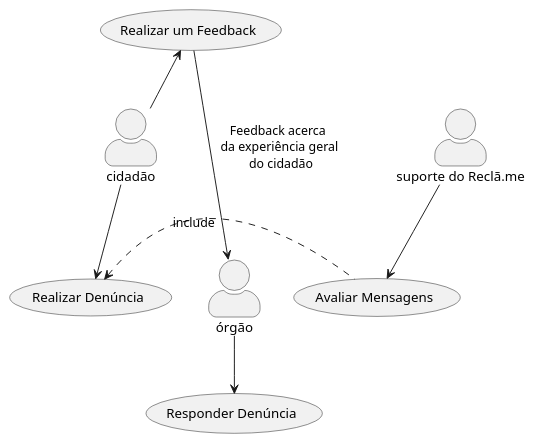
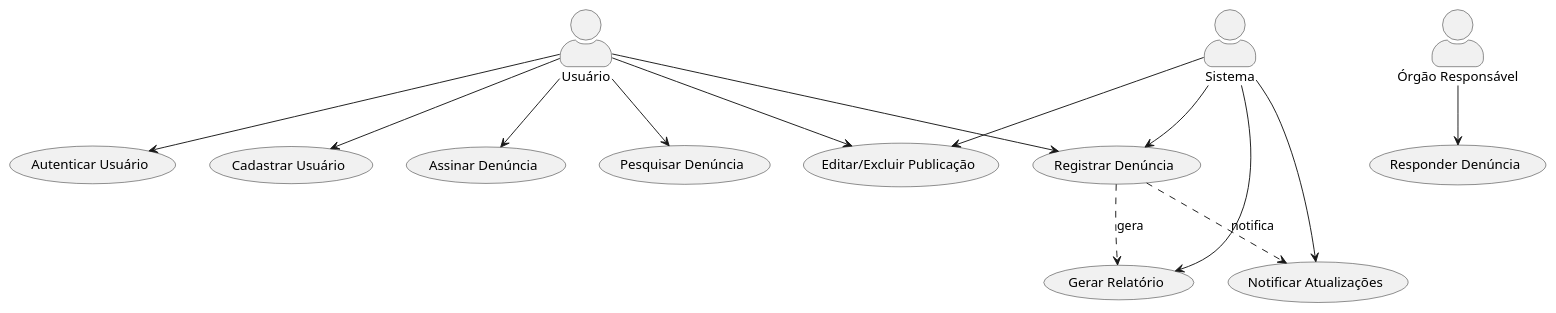
One commit to rafa-alves6/Reclama.se-AOO changed the diagram in Diagramas/umlUsecaseDiagram.puml. Above: the diagram before and after it, drawn with PlantUML.

Commit message:
Update umlUsecaseDiagram.puml
use case diagram - visão geral do sistema

```diff
--- a/Diagramas/umlUsecaseDiagram.puml
+++ b/Diagramas/umlUsecaseDiagram.puml
@@ -1,19 +1,26 @@
 @startuml
+
 skinparam actorStyle awesome
-:cidadão: --> (registrar_problema)
-:cidadão: -up-> (realizar_feedback)
-:funcionário_agente: --> (responder_problema)
-:moderador: -down-> (avaliar_mensagens) <<include>>
 
-"Realizar Denúncia" as (registrar_problema)
-"Realizar um Feedback" as (realizar_feedback)
-"Responder Denúncia" as (responder_problema)
-"Avaliar Mensagens" as (avaliar_mensagens)
+actor "Usuário" as U
+actor "Órgão Responsável" as O
+actor "Sistema" as S
 
-"órgão" as :funcionário_agente:
-"suporte do Reclã.me" as :moderador:
+U --> (Cadastrar Usuário)
+U --> (Autenticar Usuário)
+U --> (Registrar Denúncia)
+U --> (Assinar Denúncia)
+U --> (Pesquisar Denúncia)
+U --> (Editar/Excluir Publicação)
 
-(realizar_feedback) ---> :funcionário_agente: : Feedback acerca \n da experiência geral \n do cidadão 
+S --> (Notificar Atualizações)
+S --> (Registrar Denúncia)
+S --> (Gerar Relatório)
+S --> (Editar/Excluir Publicação)
 
-(registrar_problema) <. (avaliar_mensagens) :include
+O --> (Responder Denúncia)
+
+(Registrar Denúncia) .down.> (Gerar Relatório) : gera
+(Registrar Denúncia) .down.> (Notificar Atualizações) : notifica
+
 @enduml
```
